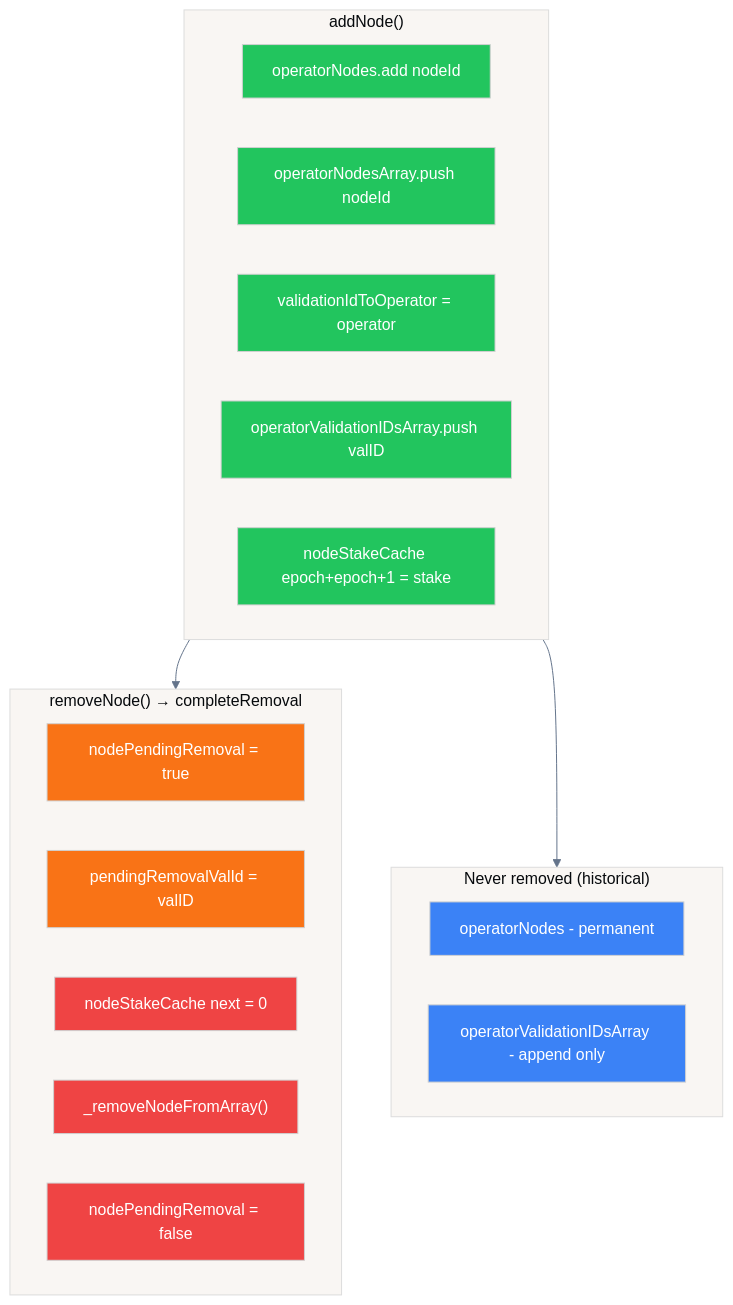
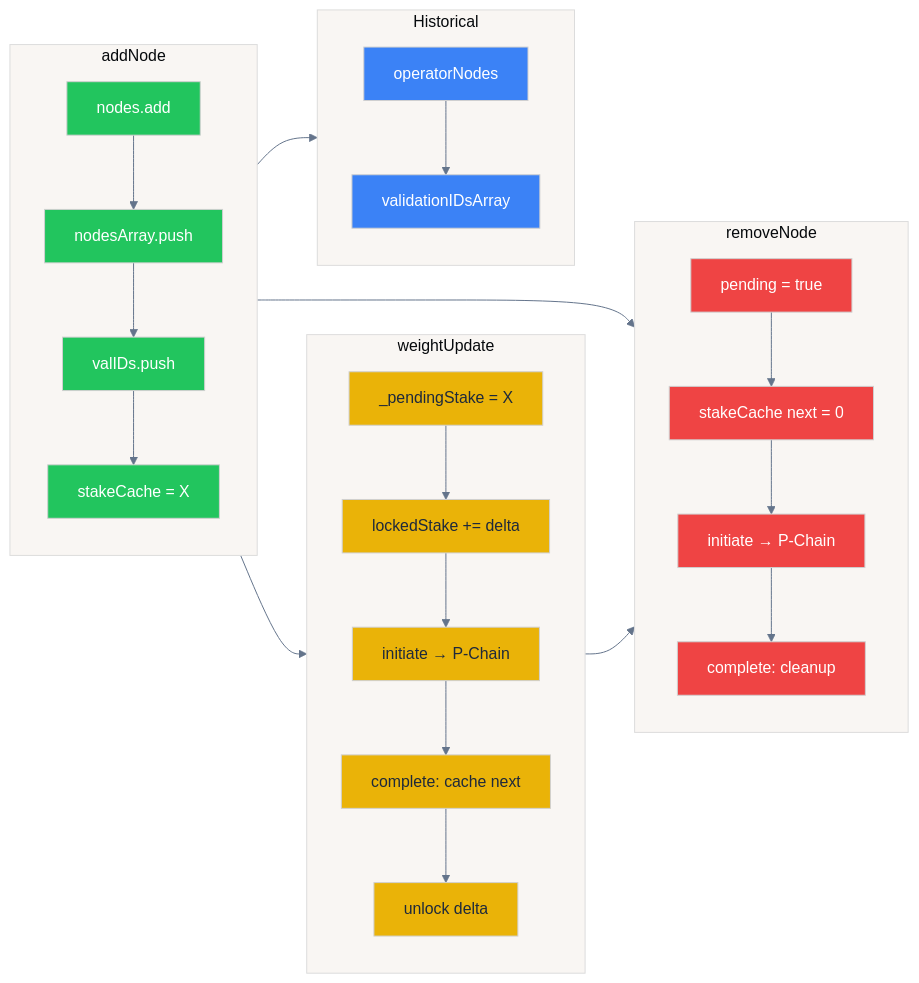
Before and after one commit to suzaku-network/suzaku-core: the fourth of 4 diagrams in docs/4-middleware.md, drawn with Mermaid. The commit also changed other lines of this file, not shown here.

````diff
--- a/docs/4-middleware.md
+++ b/docs/4-middleware.md
@@ -401,40 +401,59 @@
 ```mermaid
 %%{init: {'theme': 'base', 'themeVariables': {'primaryColor': '#e2e8f0', 'lineColor': '#64748b'}}}%%
-flowchart TB
-    subgraph ADD["addNode()"]
-        A1[operatorNodes.add nodeId]
-        A2[operatorNodesArray.push nodeId]
-        A3[validationIdToOperator = operator]
-        A4[operatorValidationIDsArray.push valID]
-        A5[nodeStakeCache epoch+epoch+1 = stake]
+flowchart LR
+    subgraph ADD["addNode"]
+        direction TB
+        A1[nodes.add]
+        A2[nodesArray.push]
+        A3[valIDs.push]
+        A4[stakeCache = X]
+        A1 --> A2 --> A3 --> A4
     end
 
-    subgraph REMOVE["removeNode() → completeRemoval"]
-        R1[nodePendingRemoval = true]
-        R2[pendingRemovalValId = valID]
-        R3[nodeStakeCache next = 0]
-        R4["_removeNodeFromArray()"]
-        R5[nodePendingRemoval = false]
+    subgraph UPDATE["weightUpdate"]
+        direction TB
+        U1[_pendingStake = X]
+        U2[lockedStake += delta]
+        U3[initiate → P-Chain]
+        U4[complete: cache next]
+        U5[unlock delta]
+        U1 --> U2 --> U3 --> U4 --> U5
     end
 
-    subgraph KEPT["Never removed (historical)"]
-        K1[operatorNodes - permanent]
-        K2[operatorValidationIDsArray - append only]
+    subgraph REMOVE["removeNode"]
+        direction TB
+        R1[pending = true]
+        R2[stakeCache next = 0]
+        R3[initiate → P-Chain]
+        R4[complete: cleanup]
+        R1 --> R2 --> R3 --> R4
     end
 
+    subgraph HIST["Historical"]
+        direction TB
+        H1[operatorNodes]
+        H2[validationIDsArray]
+        H1 --> H2
+    end
+
+    ADD --> UPDATE
     ADD --> REMOVE
-    ADD --> KEPT
+    ADD --> HIST
+    UPDATE --> REMOVE
 
     style A1 fill:#22c55e,color:#fff
     style A2 fill:#22c55e,color:#fff
     style A3 fill:#22c55e,color:#fff
     style A4 fill:#22c55e,color:#fff
-    style A5 fill:#22c55e,color:#fff
-    style R1 fill:#f97316,color:#fff
-    style R2 fill:#f97316,color:#fff
+    style U1 fill:#eab308,color:#1e293b
+    style U2 fill:#eab308,color:#1e293b
+    style U3 fill:#eab308,color:#1e293b
+    style U4 fill:#eab308,color:#1e293b
+    style U5 fill:#eab308,color:#1e293b
+    style R1 fill:#ef4444,color:#fff
+    style R2 fill:#ef4444,color:#fff
     style R3 fill:#ef4444,color:#fff
     style R4 fill:#ef4444,color:#fff
-    style R5 fill:#ef4444,color:#fff
-    style K1 fill:#3b82f6,color:#fff
-    style K2 fill:#3b82f6,color:#fff
+    style H1 fill:#3b82f6,color:#fff
+    style H2 fill:#3b82f6,color:#fff
 ```
````
